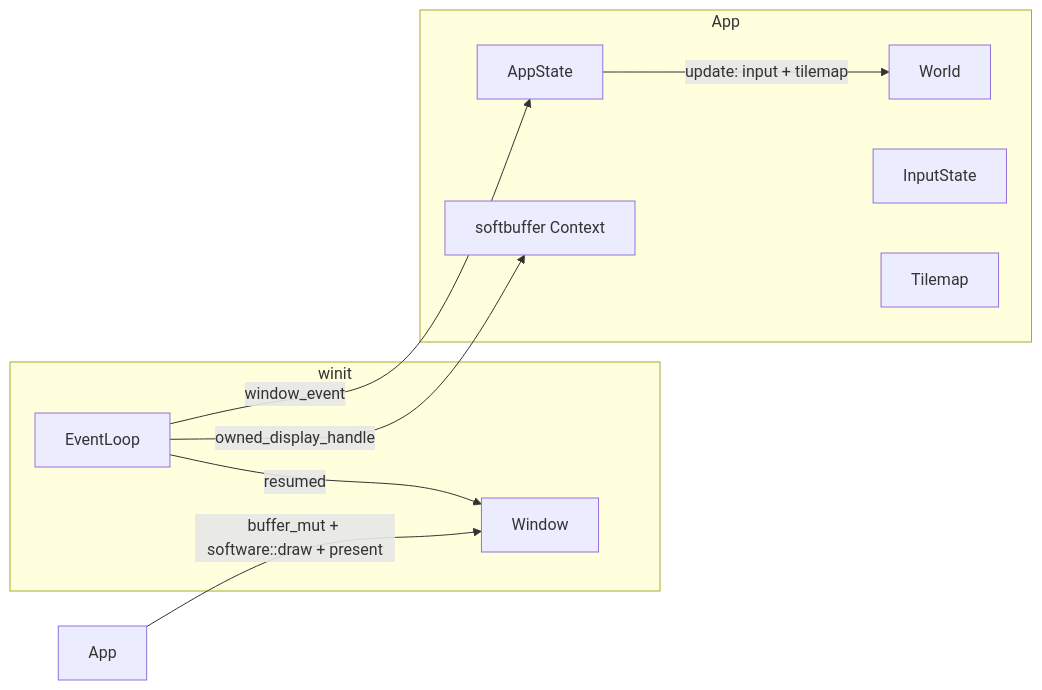
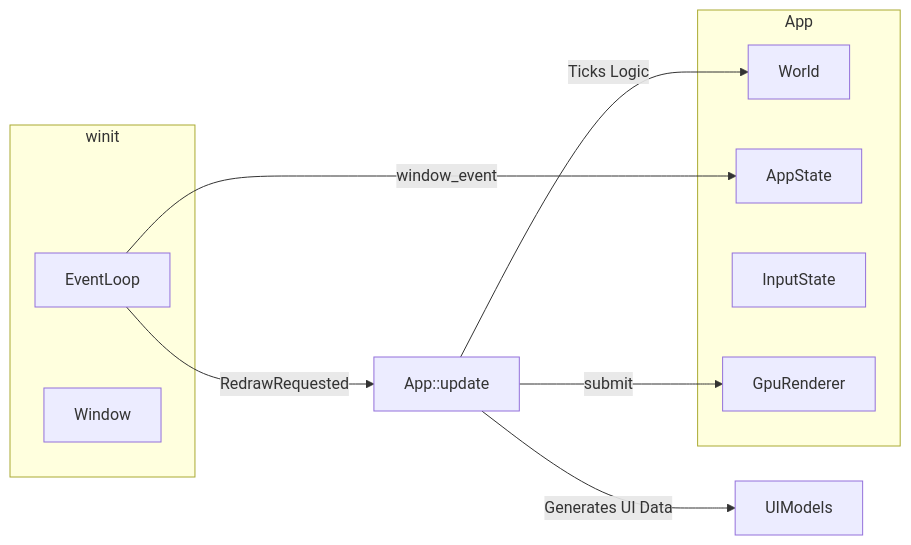
Before and after one commit to vertefra/bangbang: the diagram in docs/architecture.md, drawn with Mermaid. The commit also changed other lines of this file and 64 other files, not shown here.

````diff
--- a/docs/architecture.md
+++ b/docs/architecture.md
@@ -47,19 +64,18 @@
 ```mermaid
 flowchart LR
     subgraph winit [winit]
         EL[EventLoop]
         W[Window]
     end
     subgraph app [App]
         World[World]
         State[AppState]
         Input[InputState]
-        Ctx[softbuffer Context]
-        Tilemap[Tilemap]
+        Gpu[GpuRenderer]
     end
-    EL -->|resumed| W
-    EL -->|owned_display_handle| Ctx
     EL -->|window_event| State
-    State -->|update: input + tilemap| World
-    App -->|buffer_mut + software::draw + present| W
+    EL -->|RedrawRequested| AppUpdate[App::update]
+    AppUpdate -->|Ticks Logic| World
+    AppUpdate -->|Generates UI Data| UIModels
+    AppUpdate -->|submit| Gpu
 ```
````
